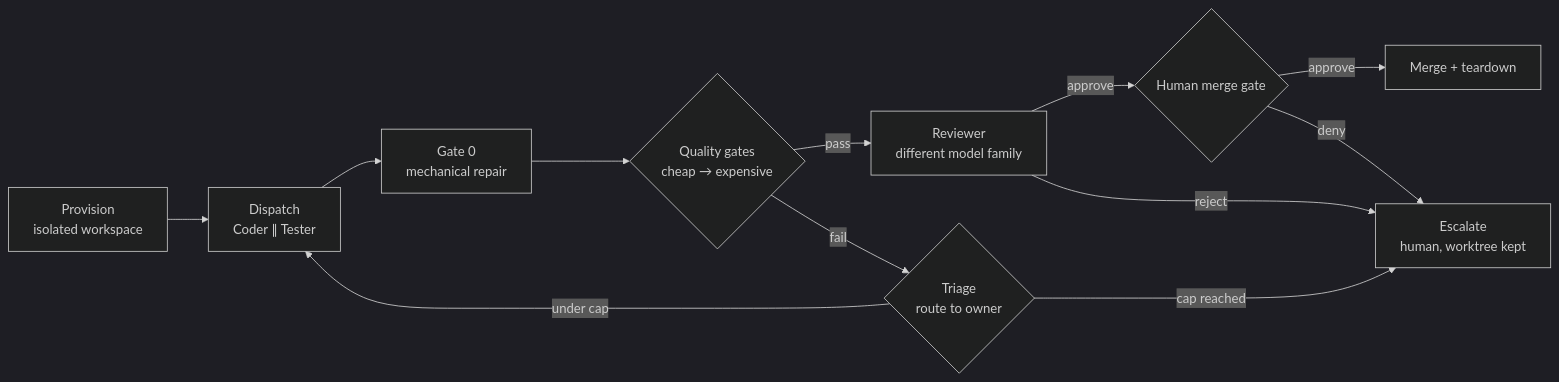
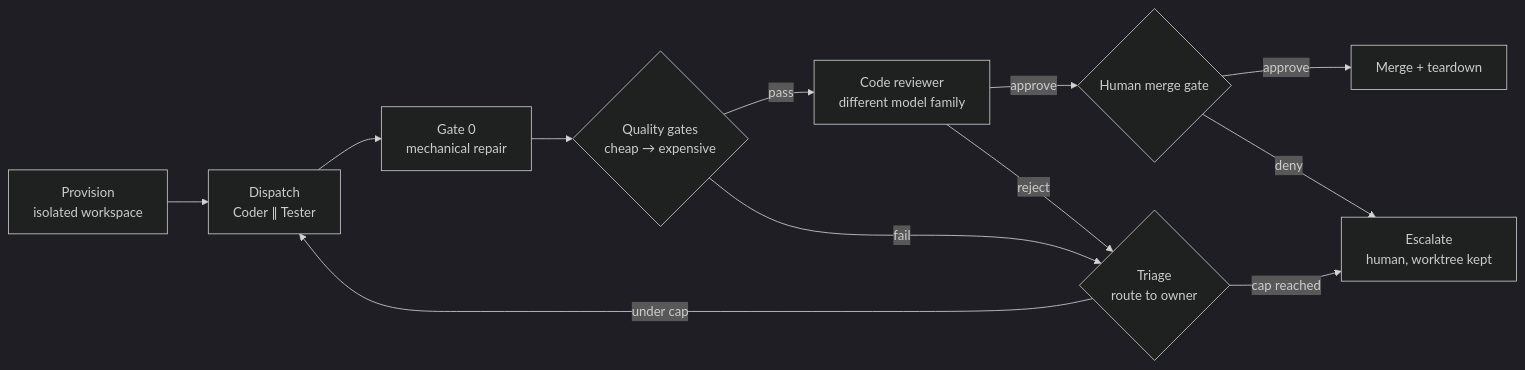
The third of 3 diagrams in method.md (ontopro/clojure-agent-kit), drawn with Mermaid (dark theme) before and after one commit. The commit also changed other lines of this file and 32 other files, not shown here.

````diff
--- a/method.md
+++ b/method.md
@@ -927,14 +907,14 @@
 ```mermaid
 flowchart LR
     A["Provision<br/>isolated workspace"] --> B["Dispatch<br/>Coder ∥ Tester"]
     B --> C["Gate 0<br/>mechanical repair"]
     C --> D{"Quality gates<br/>cheap → expensive"}
-    D -- pass --> E["Reviewer<br/>different model family"]
+    D -- pass --> E["Code reviewer<br/>different model family"]
     D -- fail --> F{"Triage<br/>route to owner"}
     F -- under cap --> B
     F -- cap reached --> H["Escalate<br/>human, worktree kept"]
     E -- approve --> G{"Human merge gate"}
-    E -- reject --> H
+    E -- reject --> F
     G -- approve --> I["Merge + teardown"]
     G -- deny --> H
 ```
````
